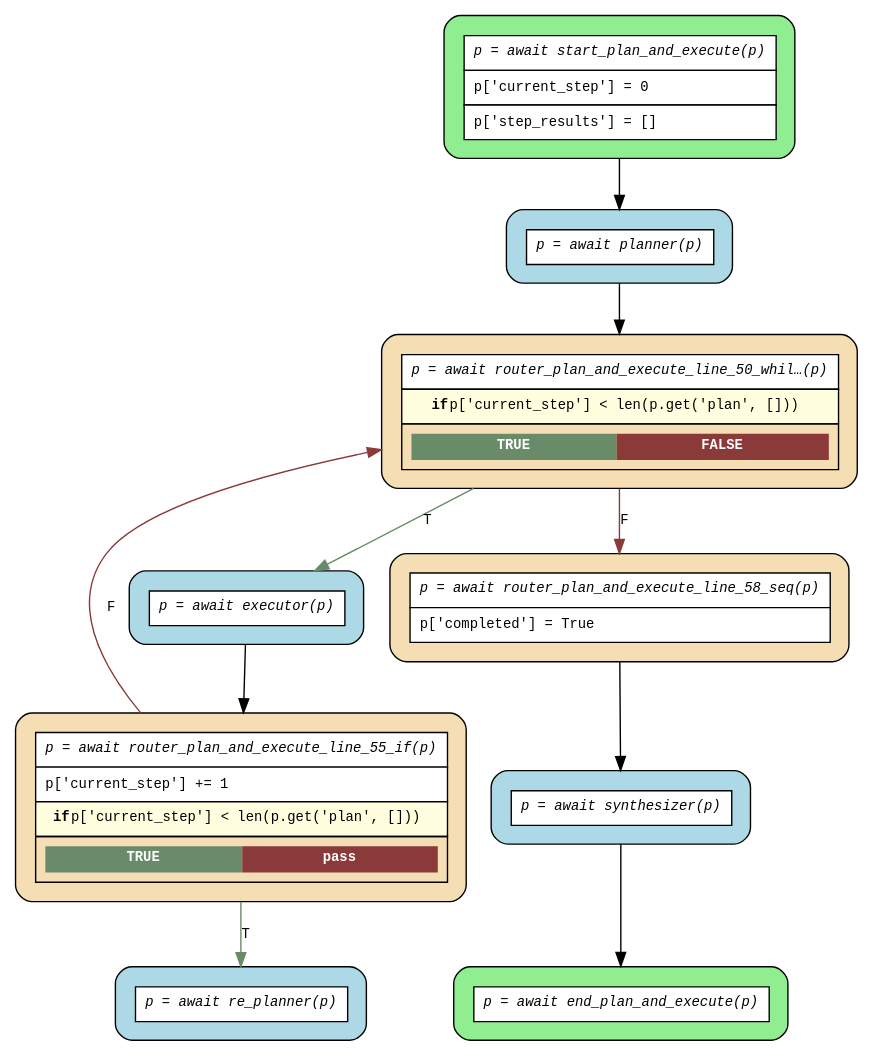
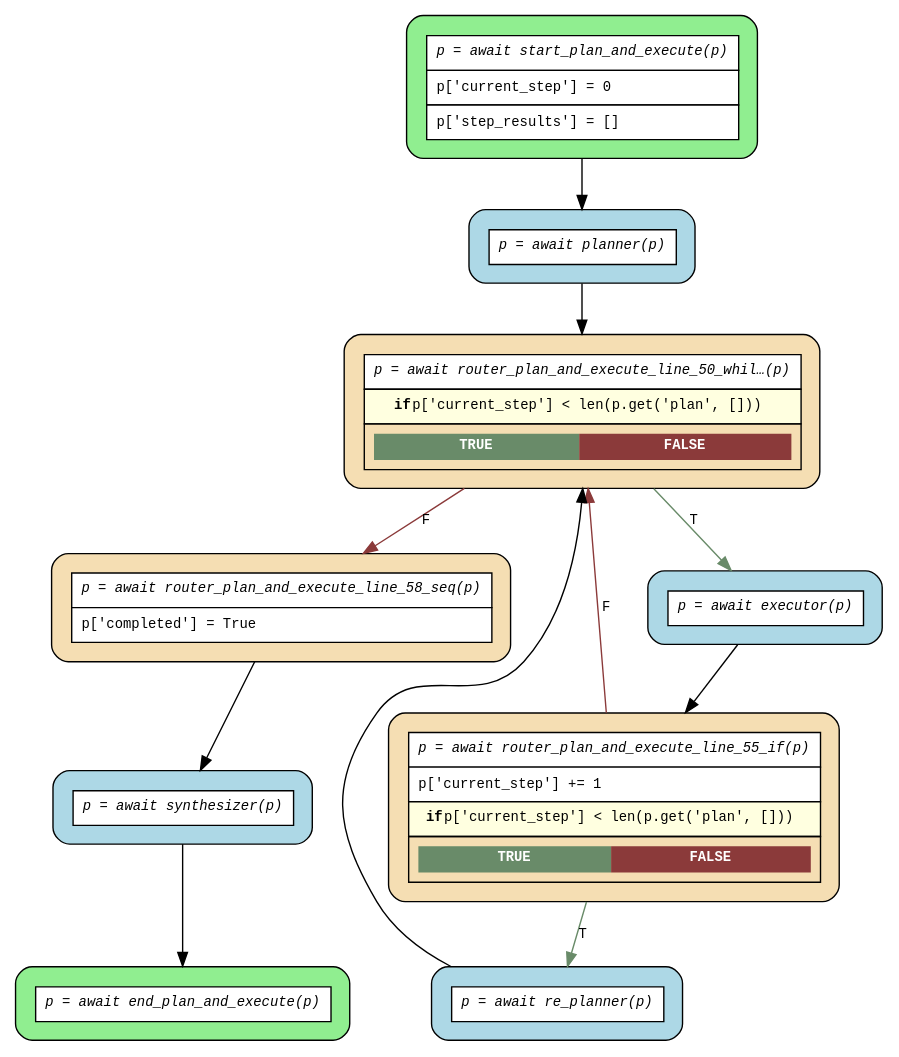
One commit to deliveryhero/asya changed the diagram in examples/flows/agentic/compiled/plan_and_execute/flow.dot. Above: the diagram before and after it, drawn with Graphviz. The commit also changed 4 other files, not shown here.

```diff
--- a/examples/flows/agentic/compiled/plan_and_execute/flow.dot
+++ b/examples/flows/agentic/compiled/plan_and_execute/flow.dot
@@ -1,26 +1,27 @@
 digraph flow {
   rankdir=TB;
   graph [fontname="Courier", fontsize=10];
   node [fontname="Courier", fontsize=10, shape=box, style="filled,rounded", margin="0.2"];
   edge [fontname="Courier", fontsize=10];
 
   start_plan_and_execute [fillcolor="lightgreen", group="main", label=<<table border="0" cellspacing="0" cellpadding="6" cellborder="1"><tr><td bgcolor="white" align="center"><i>p = await start_plan_and_execute(p)</i></td></tr><tr><td bgcolor="white" align="left">p['current_step'] = 0</td></tr><tr><td bgcolor="white" align="left">p['step_results'] = []</td></tr></table>>];
   router_plan_and_execute_line_58_seq [fillcolor="wheat", group="main", label=<<table border="0" cellspacing="0" cellpadding="6" cellborder="1"><tr><td bgcolor="white" align="center"><i>p = await router_plan_and_execute_line_58_seq(p)</i></td></tr><tr><td bgcolor="white" align="left">p['completed'] = True</td></tr></table>>];
-  router_plan_and_execute_line_55_if [fillcolor="wheat", group="main", label=<<table border="0" cellspacing="0" cellpadding="6" cellborder="1"><tr><td bgcolor="white" align="center"><i>p = await router_plan_and_execute_line_55_if(p)</i></td></tr><tr><td bgcolor="white" align="left">p['current_step'] += 1</td></tr><tr><td bgcolor="lightyellow"><b>if</b> p['current_step'] &lt; len(p.get('plan', []))</td></tr><tr><td><table border="0" cellspacing="0" cellpadding="4"><tr><td bgcolor="darkseagreen4"><font color="white"><b>TRUE</b></font></td><td bgcolor="indianred4"><font color="white"><b>pass</b></font></td></tr></table></td></tr></table>>];
+  router_plan_and_execute_line_55_if [fillcolor="wheat", group="main", label=<<table border="0" cellspacing="0" cellpadding="6" cellborder="1"><tr><td bgcolor="white" align="center"><i>p = await router_plan_and_execute_line_55_if(p)</i></td></tr><tr><td bgcolor="white" align="left">p['current_step'] += 1</td></tr><tr><td bgcolor="lightyellow"><b>if</b> p['current_step'] &lt; len(p.get('plan', []))</td></tr><tr><td><table border="0" cellspacing="0" cellpadding="4"><tr><td bgcolor="darkseagreen4"><font color="white"><b>TRUE</b></font></td><td bgcolor="indianred4"><font color="white"><b>FALSE</b></font></td></tr></table></td></tr></table>>];
   router_plan_and_execute_line_50_while_0 [fillcolor="wheat", group="main", label=<<table border="0" cellspacing="0" cellpadding="6" cellborder="1"><tr><td bgcolor="white" align="center"><i>p = await router_plan_and_execute_line_50_whil…(p)</i></td></tr><tr><td bgcolor="lightyellow"><b>if</b> p['current_step'] &lt; len(p.get('plan', []))</td></tr><tr><td><table border="0" cellspacing="0" cellpadding="4"><tr><td bgcolor="darkseagreen4"><font color="white"><b>TRUE</b></font></td><td bgcolor="indianred4"><font color="white"><b>FALSE</b></font></td></tr></table></td></tr></table>>];
   end_plan_and_execute [fillcolor="lightgreen", group="main", label=<<table border="0" cellspacing="0" cellpadding="6" cellborder="1"><tr><td bgcolor="white" align="center"><i>p = await end_plan_and_execute(p)</i></td></tr></table>>];
   executor [fillcolor="lightblue", label=<<table border="0" cellspacing="0" cellpadding="6" cellborder="1"><tr><td bgcolor="white" align="center"><i>p = await executor(p)</i></td></tr></table>>];
   planner [fillcolor="lightblue", label=<<table border="0" cellspacing="0" cellpadding="6" cellborder="1"><tr><td bgcolor="white" align="center"><i>p = await planner(p)</i></td></tr></table>>];
   re_planner [fillcolor="lightblue", label=<<table border="0" cellspacing="0" cellpadding="6" cellborder="1"><tr><td bgcolor="white" align="center"><i>p = await re_planner(p)</i></td></tr></table>>];
   synthesizer [fillcolor="lightblue", label=<<table border="0" cellspacing="0" cellpadding="6" cellborder="1"><tr><td bgcolor="white" align="center"><i>p = await synthesizer(p)</i></td></tr></table>>];
 
   executor -> router_plan_and_execute_line_55_if;
   planner -> router_plan_and_execute_line_50_while_0;
+  re_planner -> router_plan_and_execute_line_50_while_0;
   router_plan_and_execute_line_50_while_0 -> executor [label="T", color=darkseagreen4];
   router_plan_and_execute_line_50_while_0 -> router_plan_and_execute_line_58_seq [label="F", color=indianred4];
   router_plan_and_execute_line_55_if -> re_planner [label="T", color=darkseagreen4];
-  router_plan_and_execute_line_55_if -> router_plan_and_execute_line_50_while_0 [label="F", color=indianred4, constraint=false];
+  router_plan_and_execute_line_55_if -> router_plan_and_execute_line_50_while_0 [label="F", color=indianred4];
   router_plan_and_execute_line_58_seq -> synthesizer;
   start_plan_and_execute -> planner;
   synthesizer -> end_plan_and_execute;
 }
```
